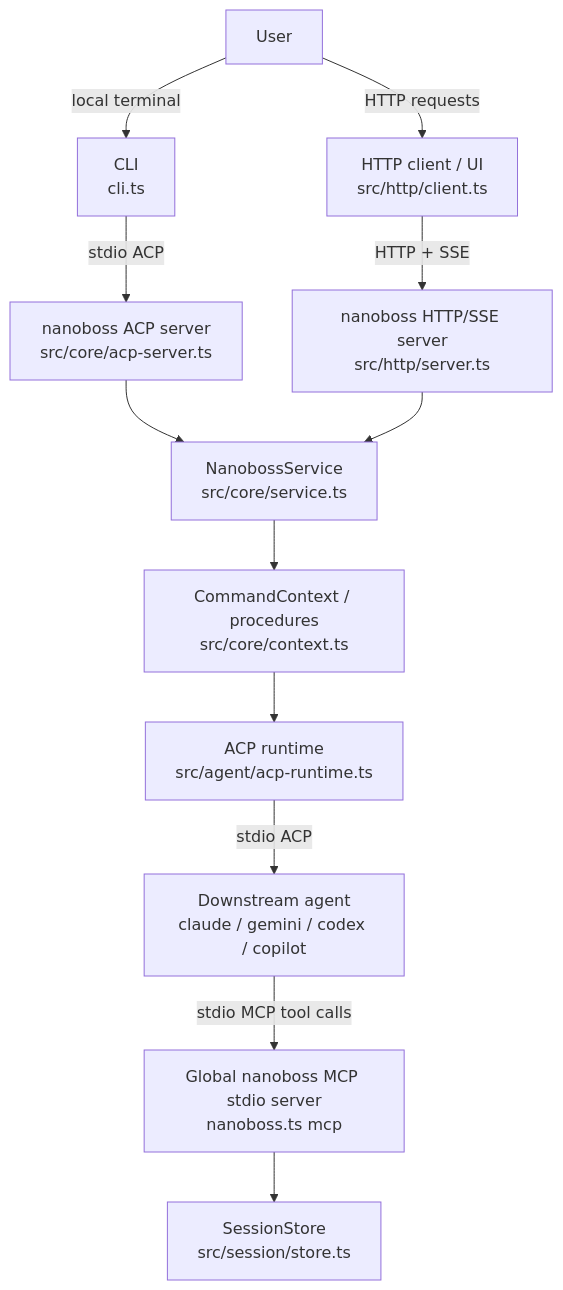
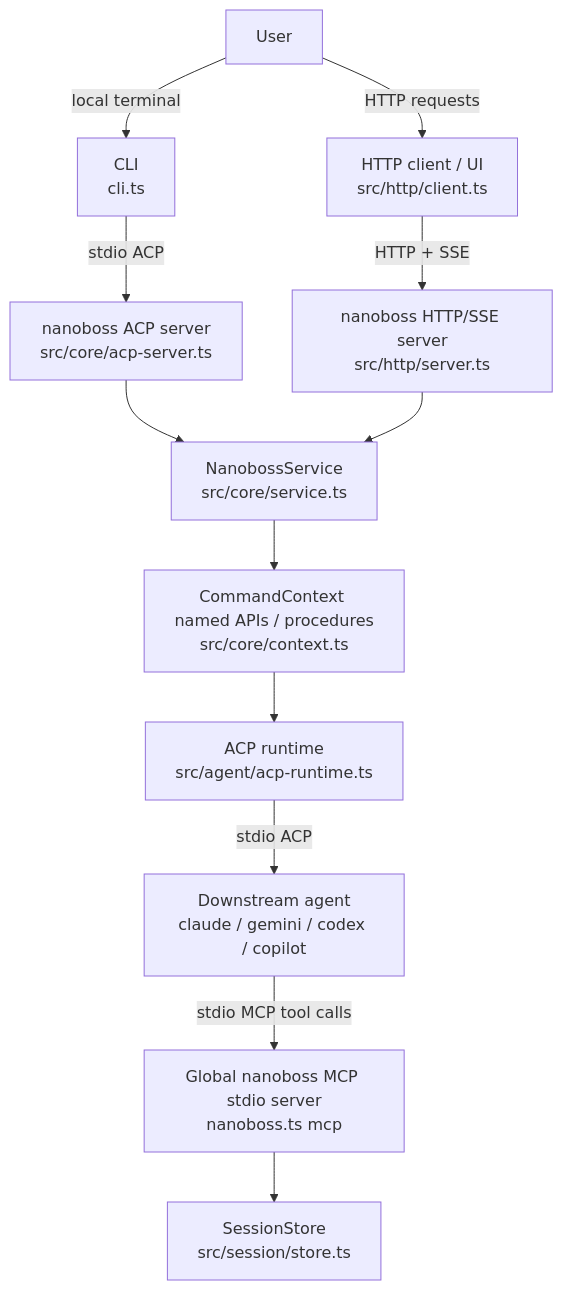
The first of 5 diagrams in docs/architecture.md (jflam/nanoboss), drawn with Mermaid before and after one commit. The commit also changed other lines of this file and 6 other files, not shown here.

````diff
--- a/docs/architecture.md
+++ b/docs/architecture.md
@@ -60,18 +60,18 @@
 ```mermaid
 flowchart TD
   U[User] -->|local terminal| CLI[CLI\ncli.ts]
   U -->|HTTP requests| HTTPClient[HTTP client / UI\nsrc/http/client.ts]
 
   CLI -->|stdio ACP| ACPServer[nanoboss ACP server\nsrc/core/acp-server.ts]
   HTTPClient -->|HTTP + SSE| HTTPServer[nanoboss HTTP/SSE server\nsrc/http/server.ts]
 
   ACPServer --> Service[NanobossService\nsrc/core/service.ts]
   HTTPServer --> Service
 
-  Service --> Context[CommandContext / procedures\nsrc/core/context.ts]
+  Service --> Context[CommandContext named APIs / procedures\nsrc/core/context.ts]
   Context --> AgentRuntime[ACP runtime\nsrc/agent/acp-runtime.ts]
 
   AgentRuntime -->|stdio ACP| Downstream[Downstream agent\nclaude / gemini / codex / copilot]
   Downstream -->|stdio MCP tool calls| GlobalMcp[Global nanoboss MCP stdio server\nnanoboss.ts mcp]
   GlobalMcp --> SessionStore[SessionStore\nsrc/session/store.ts]
 ```
````
